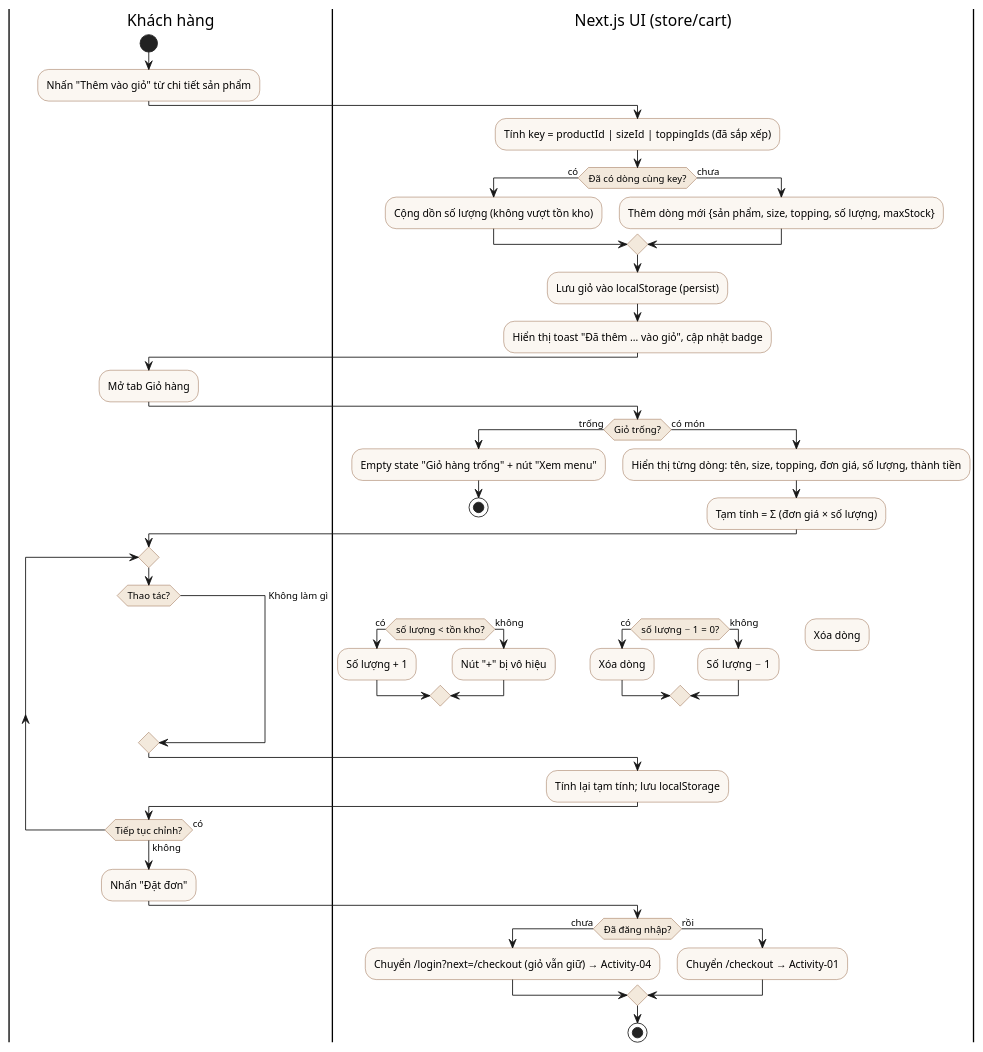
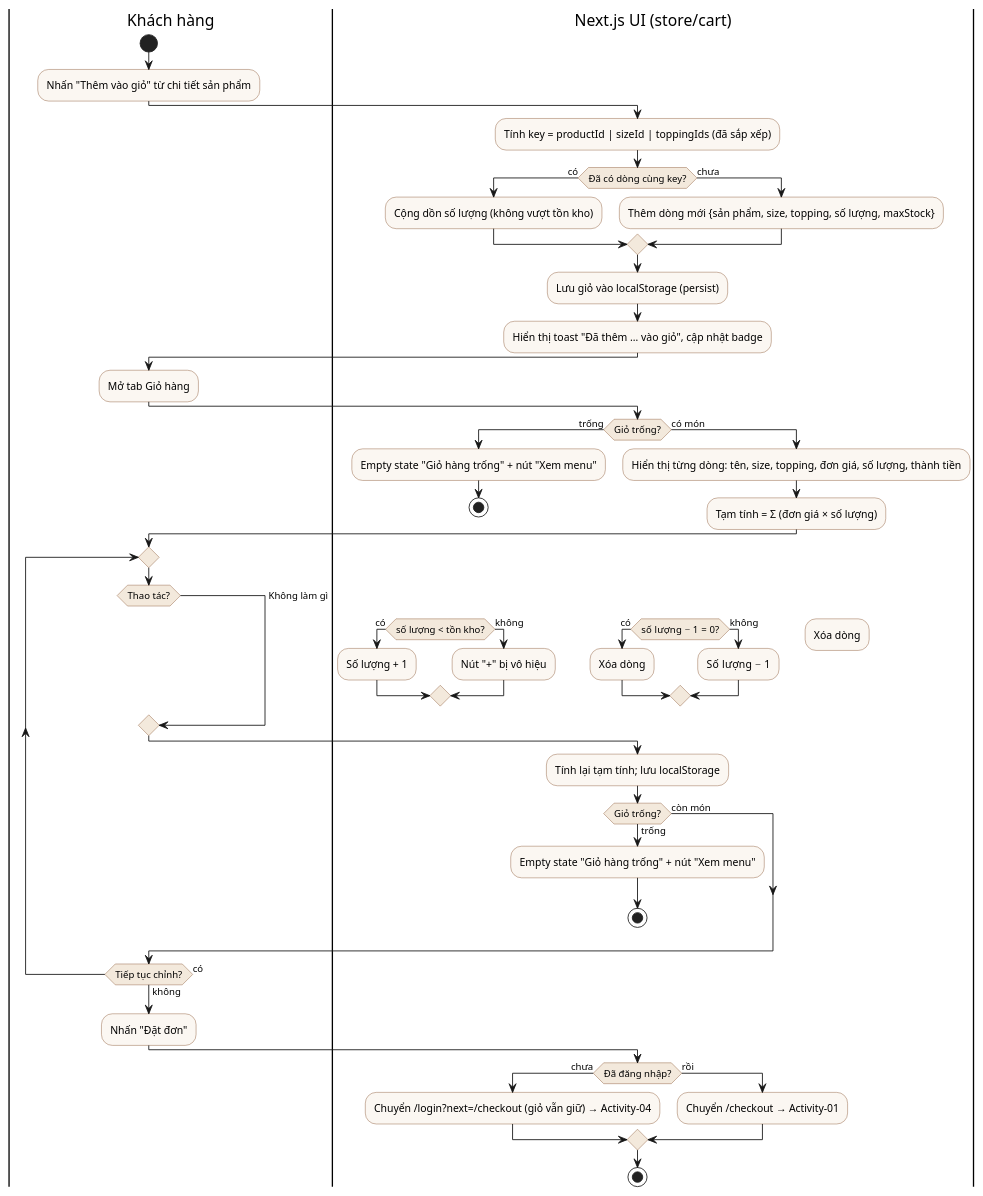
The diagram in docs/diagrams/activity-cart.puml (LHTCoder/brewlite), drawn with PlantUML before and after one commit. The commit also changed 26 other files, not shown here.

First line of the commit message:
docs: cập nhật đặc tả, use-case, activity và class diagram theo góp ý của nhóm

```diff
--- a/docs/diagrams/activity-cart.puml
+++ b/docs/diagrams/activity-cart.puml
@@ -1,66 +1,67 @@
 @startuml activity-cart
 ' Activity-03: Quản lý giỏ hàng và tính tổng tiền (FR-03)
 skinparam ActivityBackgroundColor #FBF7F2
 skinparam ActivityBorderColor #8A5733
 skinparam ActivityDiamondBackgroundColor #F3E9DC
-
 |Khách hàng|
 start
 :Nhấn "Thêm vào giỏ" từ chi tiết sản phẩm;
 |Next.js UI (store/cart)|
 :Tính key = productId | sizeId | toppingIds (đã sắp xếp);
 if (Đã có dòng cùng key?) then (có)
   :Cộng dồn số lượng (không vượt tồn kho);
 else (chưa)
   :Thêm dòng mới {sản phẩm, size, topping, số lượng, maxStock};
 endif
 :Lưu giỏ vào localStorage (persist);
 :Hiển thị toast "Đã thêm … vào giỏ", cập nhật badge;
-
 |Khách hàng|
 :Mở tab Giỏ hàng;
 |Next.js UI (store/cart)|
 if (Giỏ trống?) then (trống)
   :Empty state "Giỏ hàng trống" + nút "Xem menu";
   stop
 else (có món)
   :Hiển thị từng dòng: tên, size, topping, đơn giá, số lượng, thành tiền;
   :Tạm tính = Σ (đơn giá × số lượng);
 endif
-
 |Khách hàng|
 repeat
   switch (Thao tác?)
   case (Tăng)
     |Next.js UI (store/cart)|
     if (số lượng < tồn kho?) then (có)
       :Số lượng + 1;
     else (không)
       :Nút "+" bị vô hiệu;
     endif
   case (Giảm)
     |Next.js UI (store/cart)|
     if (số lượng − 1 = 0?) then (có)
       :Xóa dòng;
     else (không)
       :Số lượng − 1;
     endif
   case (Xóa)
     |Next.js UI (store/cart)|
     :Xóa dòng;
   case (Không làm gì)
   endswitch
   |Next.js UI (store/cart)|
   :Tính lại tạm tính; lưu localStorage;
+  if (Giỏ trống?) then (trống)
+    :Empty state "Giỏ hàng trống" + nút "Xem menu";
+    stop
+  else (còn món)
+  endif
   |Khách hàng|
 repeat while (Tiếp tục chỉnh?) is (có) not (không)
-
 :Nhấn "Đặt đơn";
 |Next.js UI (store/cart)|
 if (Đã đăng nhập?) then (chưa)
   :Chuyển /login?next=/checkout (giỏ vẫn giữ) → Activity-04;
 else (rồi)
   :Chuyển /checkout → Activity-01;
 endif
 stop
 @enduml
```
